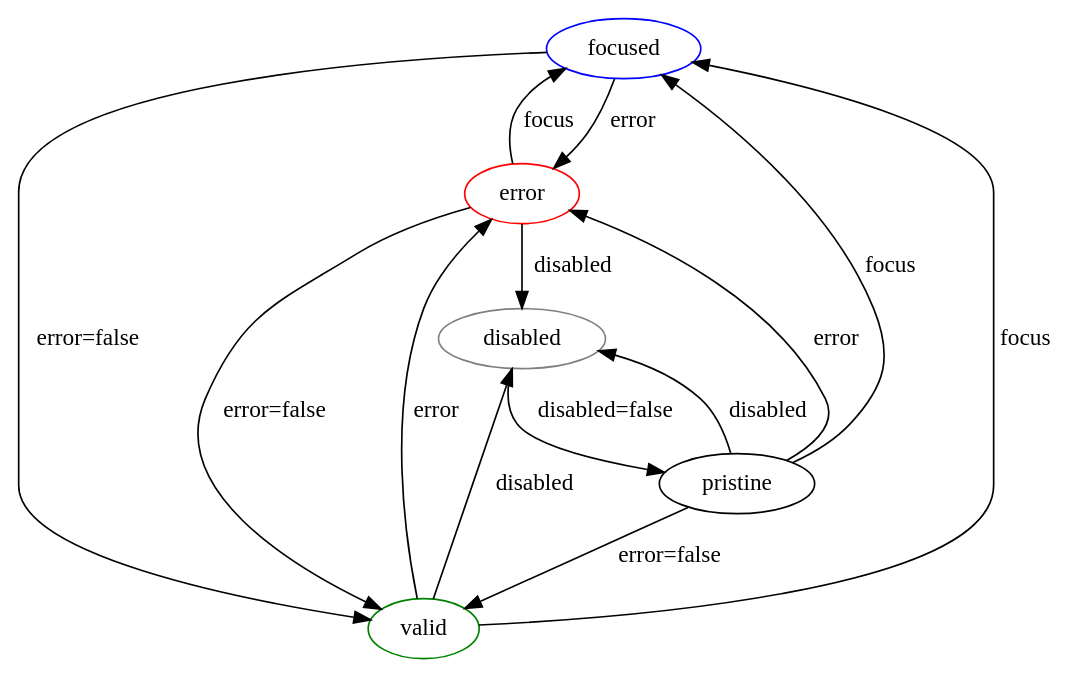
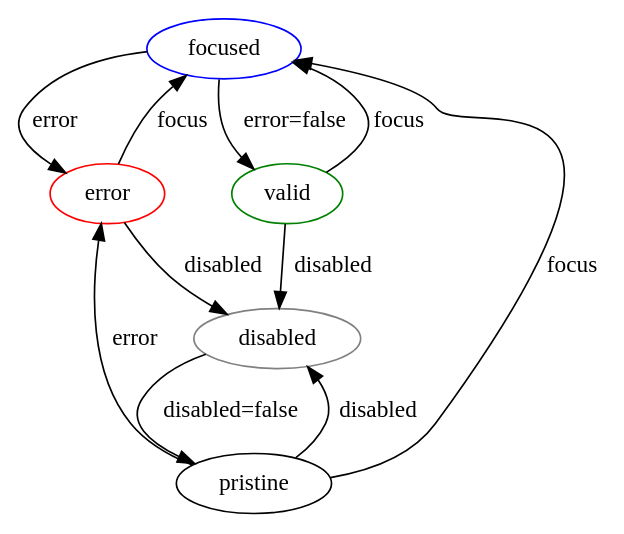
One commit to polesskiy-dev/input-field-states-representation changed the diagram in states-graph/states-graph.dot. Above: the diagram before and after it, drawn with Graphviz. The commit also changed 6 other files, not shown here.

```diff
--- a/states-graph/states-graph.dot
+++ b/states-graph/states-graph.dot
@@ -1,20 +1,17 @@
 digraph G {
     "focused" [color=blue]
     "error" [color=red]
     "valid" [color=green]
     "pristine"
     "disabled" [color=grey]
-    "pristine" -> "focused" [label="focus"]
-    "pristine" -> "valid" [label="error=false"];
+    "pristine" -> "focused" [label="focus"];
     "pristine" -> "error" [label="error"];
     "pristine" -> "disabled" [label="disabled"];
     "focused" -> "error" [label="error"];
     "focused" -> "valid" [label="error=false"];
     "error" -> "focused" [label="focus"]
-    "error" -> "valid" [label="error=false"]
     "error" -> "disabled" [label="disabled"];
     "valid" -> "disabled" [label="disabled"];
-    "valid" -> "error" [label="error"]
-    "valid" -> "focused" [label="focus"]
-    "disabled" -> "pristine" [label="disabled=false"]
+    "valid" -> "focused" [label="focus"];
+    "disabled" -> "pristine" [label="disabled=false"];
 }
```
